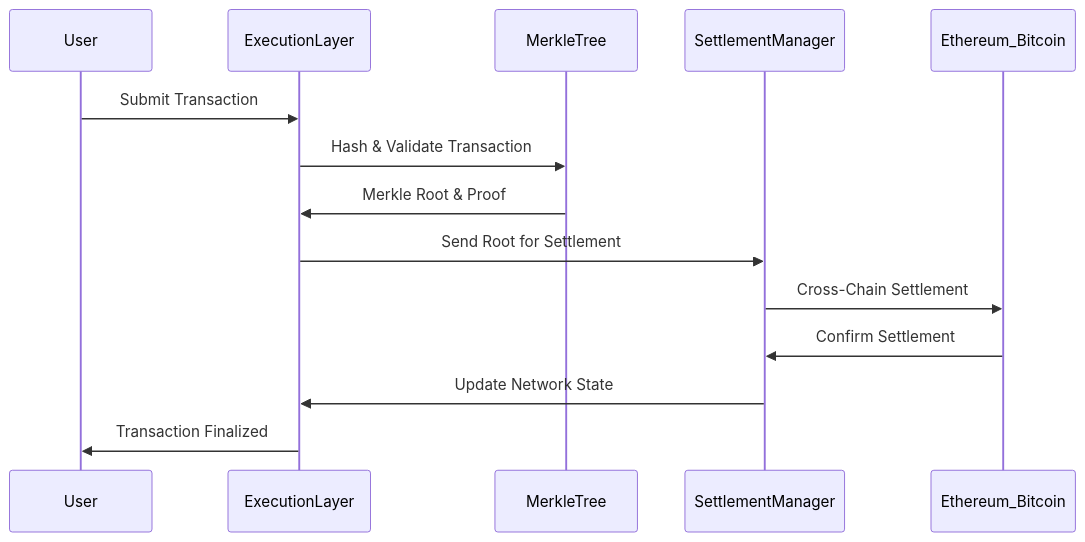
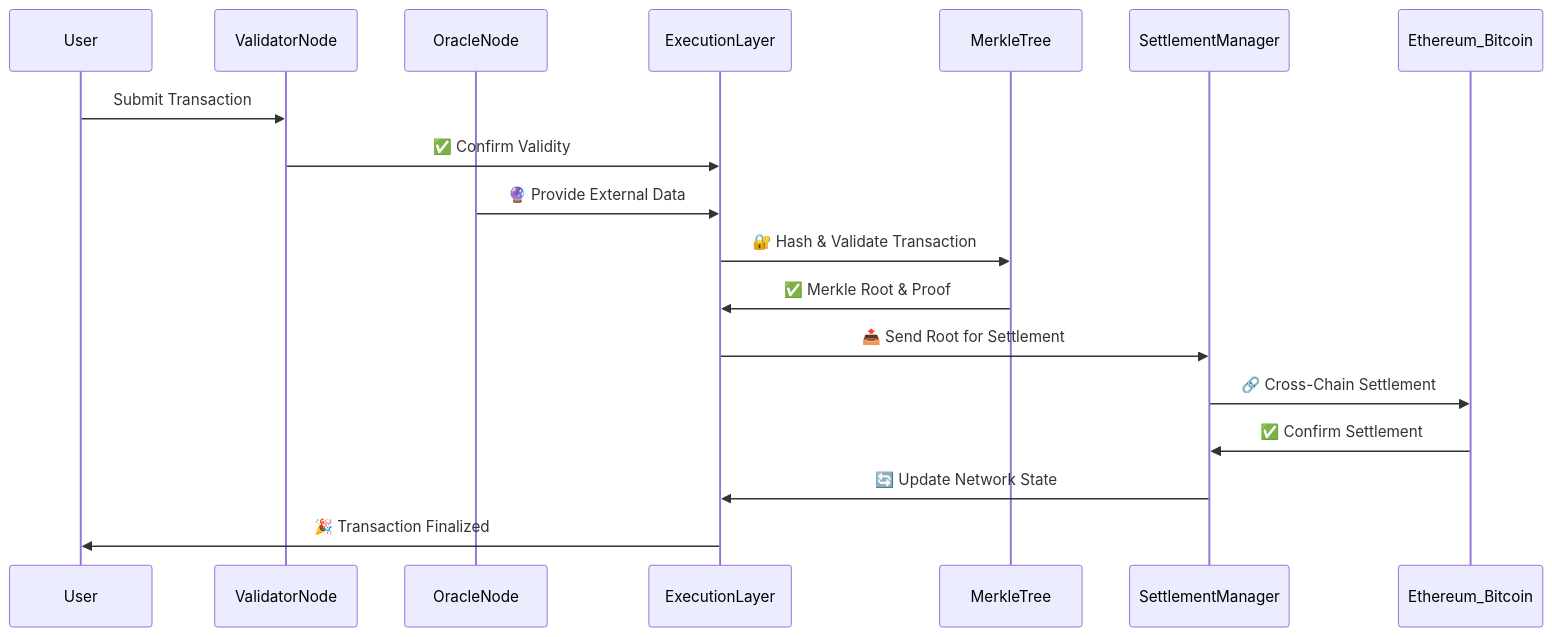
The fourth of 5 diagrams in README.md (Iconoclastdao/Iconoclast-Sovereign-Network), drawn with Mermaid before and after one commit. The commit also changed other lines of this file, not shown here.

````diff
--- a/README.md
+++ b/README.md
@@ -104,17 +77,21 @@
 ```mermaid
 sequenceDiagram
     participant User
+    participant ValidatorNode
+    participant OracleNode
     participant ExecutionLayer
     participant MerkleTree
     participant SettlementManager
     participant Ethereum_Bitcoin
 
-    User->>ExecutionLayer: Submit Transaction
-    ExecutionLayer->>MerkleTree: Hash & Validate Transaction
-    MerkleTree->>ExecutionLayer: Merkle Root & Proof
-    ExecutionLayer->>SettlementManager: Send Root for Settlement
-    SettlementManager->>Ethereum_Bitcoin: Cross-Chain Settlement
-    Ethereum_Bitcoin->>SettlementManager: Confirm Settlement
-    SettlementManager->>ExecutionLayer: Update Network State
-    ExecutionLayer->>User: Transaction Finalized
+    User->>ValidatorNode: Submit Transaction
+    ValidatorNode->>ExecutionLayer: ✅ Confirm Validity
+    OracleNode->>ExecutionLayer: 🔮 Provide External Data
+    ExecutionLayer->>MerkleTree: 🔐 Hash & Validate Transaction
+    MerkleTree->>ExecutionLayer: ✅ Merkle Root & Proof
+    ExecutionLayer->>SettlementManager: 📤 Send Root for Settlement
+    SettlementManager->>Ethereum_Bitcoin: 🔗 Cross-Chain Settlement
+    Ethereum_Bitcoin->>SettlementManager: ✅ Confirm Settlement
+    SettlementManager->>ExecutionLayer: 🔄 Update Network State
+    ExecutionLayer->>User: 🎉 Transaction Finalized
 ```
````
